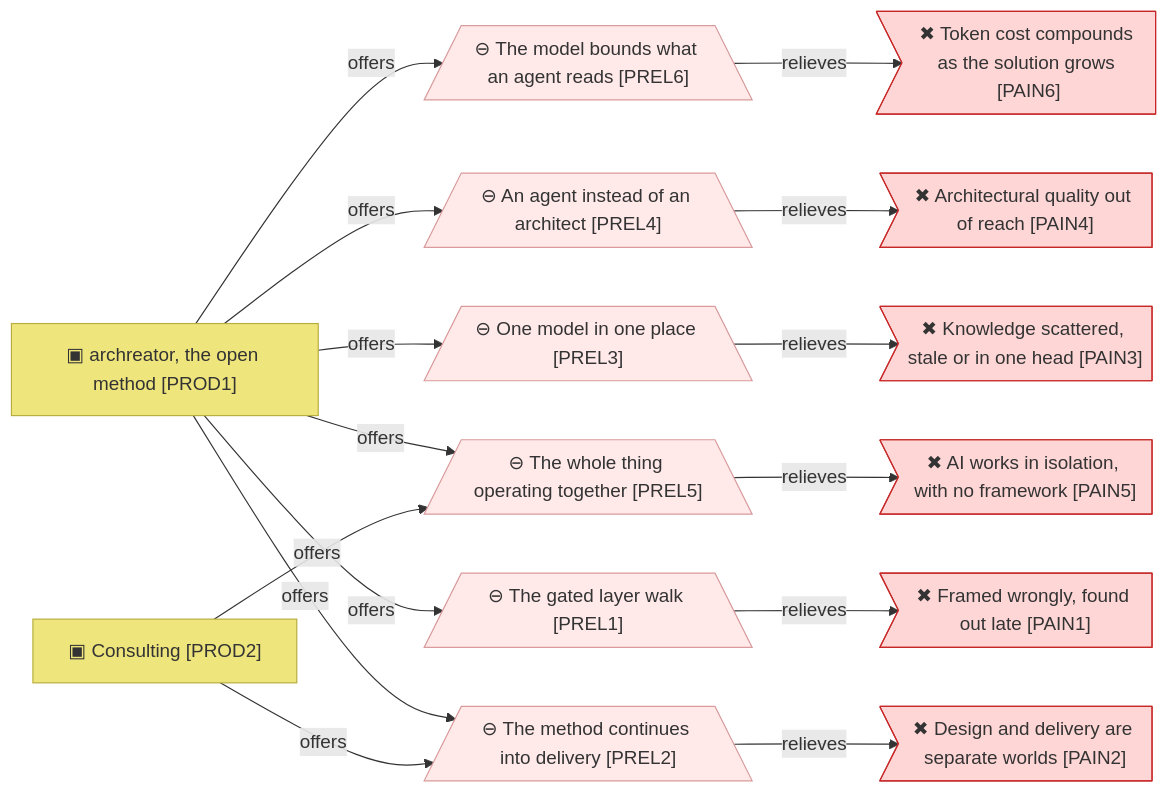
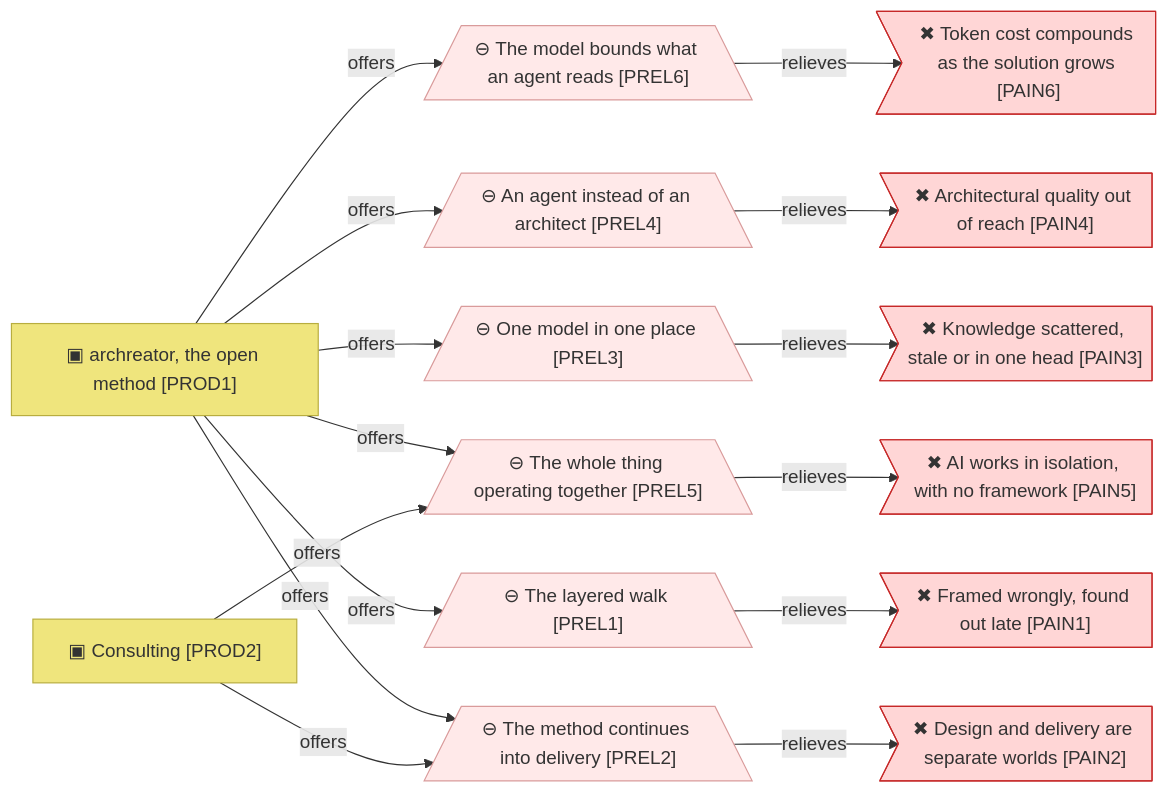
One commit to roanboc/architecture-archreator changed the second of 3 diagrams in org-archreator/architecture/0_business-design/1_value-proposition-canvas.md. Above: the diagram before and after it, drawn with Mermaid. The commit also changed other lines of this file and 18 other files, not shown here.

````diff
--- a/org-archreator/architecture/0_business-design/1_value-proposition-canvas.md
+++ b/org-archreator/architecture/0_business-design/1_value-proposition-canvas.md
@@ -93,39 +93,39 @@
 ```mermaid
 flowchart LR
   p1["▣ archreator, the open method [PROD1]"]:::product
   p2["▣ Consulting [PROD2]"]:::product
 
-  r1[/"⊖ The gated layer walk [PREL1]"\]:::reliever
+  r1[/"⊖ The layered walk [PREL1]"\]:::reliever
   r2[/"⊖ The method continues into delivery [PREL2]"\]:::reliever
   r3[/"⊖ One model in one place [PREL3]"\]:::reliever
   r4[/"⊖ An agent instead of an architect [PREL4]"\]:::reliever
   r5[/"⊖ The whole thing operating together [PREL5]"\]:::reliever
   r6[/"⊖ The model bounds what an agent reads [PREL6]"\]:::reliever
 
   a1>"✖ Framed wrongly, found out late [PAIN1]"]:::pain
   a2>"✖ Design and delivery are separate worlds [PAIN2]"]:::pain
   a3>"✖ Knowledge scattered, stale or in one head [PAIN3]"]:::pain
   a4>"✖ Architectural quality out of reach [PAIN4]"]:::pain
   a5>"✖ AI works in isolation, with no framework [PAIN5]"]:::pain
   a6>"✖ Token cost compounds as the solution grows [PAIN6]"]:::pain
 
   p1 -->|offers| r1
   p1 -->|offers| r2
   p1 -->|offers| r3
   p1 -->|offers| r4
   p1 -->|offers| r5
   p1 -->|offers| r6
   p2 -->|offers| r2
   p2 -->|offers| r5
 
   r1 -->|relieves| a1
   r2 -->|relieves| a2
   r3 -->|relieves| a3
   r4 -->|relieves| a4
   r5 -->|relieves| a5
   r6 -->|relieves| a6
 
   classDef product fill:#efe57d,stroke:#b8ad3f,color:#333
   classDef reliever fill:#ffe9e9,stroke:#d99b9b,color:#333
   classDef pain fill:#ffd6d6,stroke:#c62828,color:#333
 ```
````
